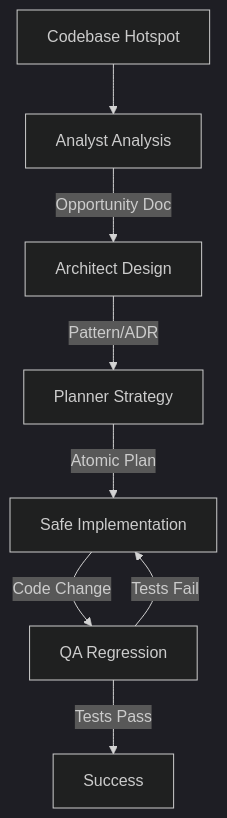
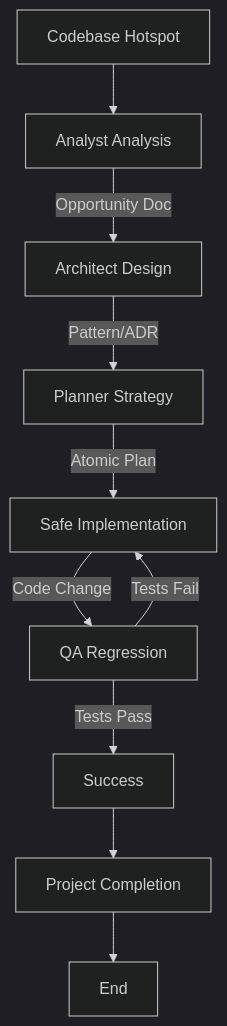
The diagram in agents/workflows/Refactoring.workflow.md (seanspiesman/Agents-and-Workflows), drawn with Mermaid (dark theme) before and after one commit. The commit also changed other lines of this file and 29 other files, not shown here.

````diff
--- a/agents/workflows/Refactoring.workflow.md
+++ b/agents/workflows/Refactoring.workflow.md
@@ -74,10 +83,12 @@
 ```mermaid
 flowchart TD
     A[Codebase Hotspot] --> B[Analyst Analysis]
     B -->|Opportunity Doc| C[Architect Design]
     C -->|Pattern/ADR| D[Planner Strategy]
     D -->|Atomic Plan| E[Safe Implementation]
     E -->|Code Change| F[QA Regression]
     F -->|Tests Fail| E
     F -->|Tests Pass| G[Success]
+    G --> H[Project Completion]
+    H --> I[End]
 ```
````
